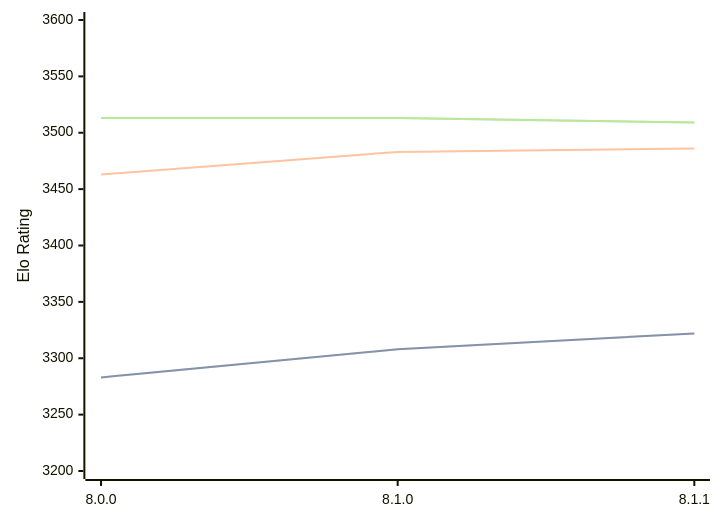
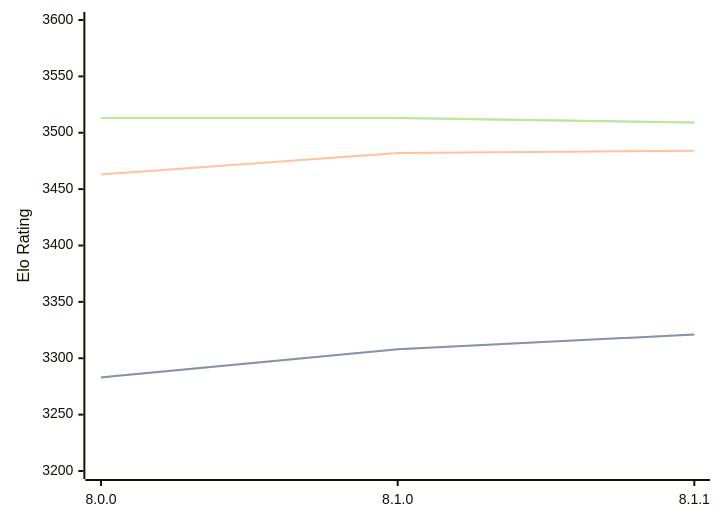
Before and after one commit to computer-chess-index/cci: the diagram in engines/Velvet.md, drawn with Mermaid. The commit also changed other lines of this file, not shown here.

Commit message:
Update CCI Ratings (ELO VLTC) - 2026-03-06

````diff
--- a/engines/Velvet.md
+++ b/engines/Velvet.md
@@ -55,11 +55,11 @@
 ```mermaid
 %%{init: {"theme":"base","themeVariables":{"seriesColors:['#a3a3a3','#222221','#faa371']}}}%%
 xychart-beta
   x-axis ["8.0.0", "8.1.0", "8.1.1"]
   y-axis "Elo Rating" 3200 --> 3600
-  line "STC (8.0+0.08s)" [3283, 3308, 3322]
-  line "STC (8.0+0.08s)" [3283, 3308, 3322]
-  line "LTC (60.0+0.60s)" [3463, 3483, 3486]
+  line "STC (8.0+0.08s)" [3283, 3308, 3321]
+  line "STC (8.0+0.08s)" [3283, 3308, 3321]
+  line "LTC (60.0+0.60s)" [3463, 3482, 3484]
   line "VLTC (2m24s+1.12s)" [3513, 3513, 3509]
   line "VLTC (2m24s+1.12s)" [3513, 3513, 3509]
 ```
````
